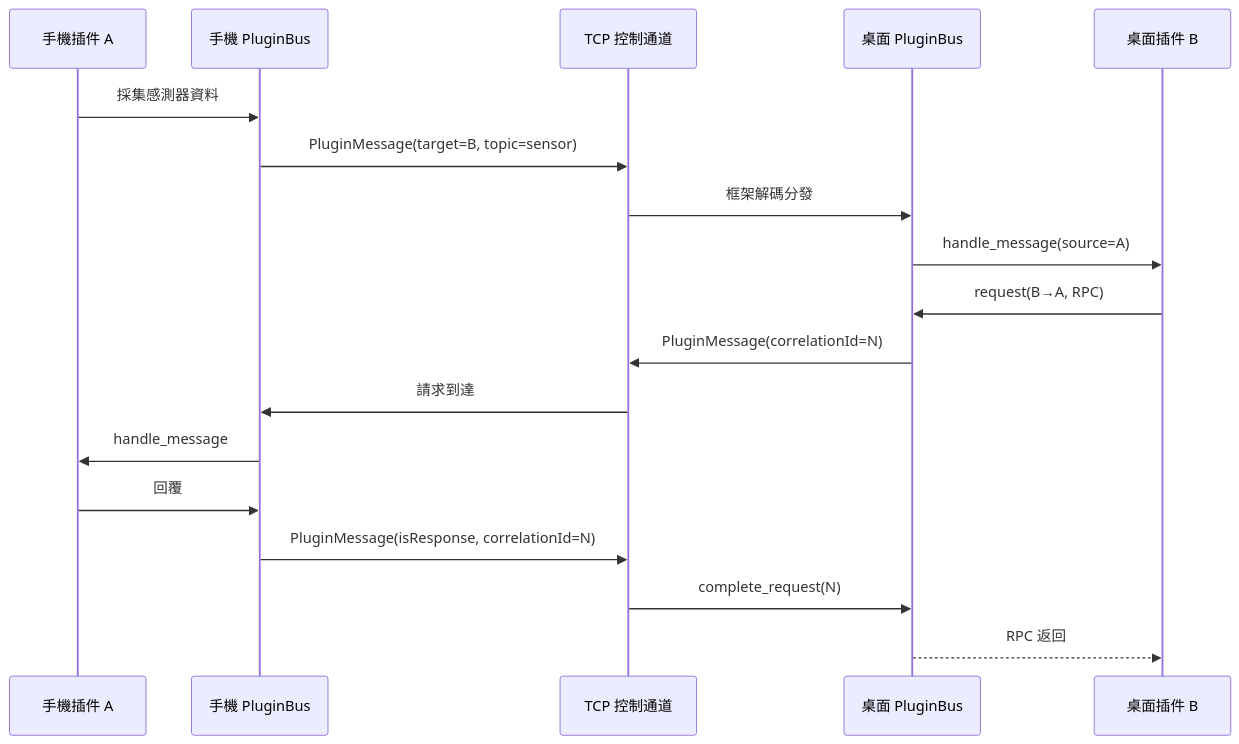
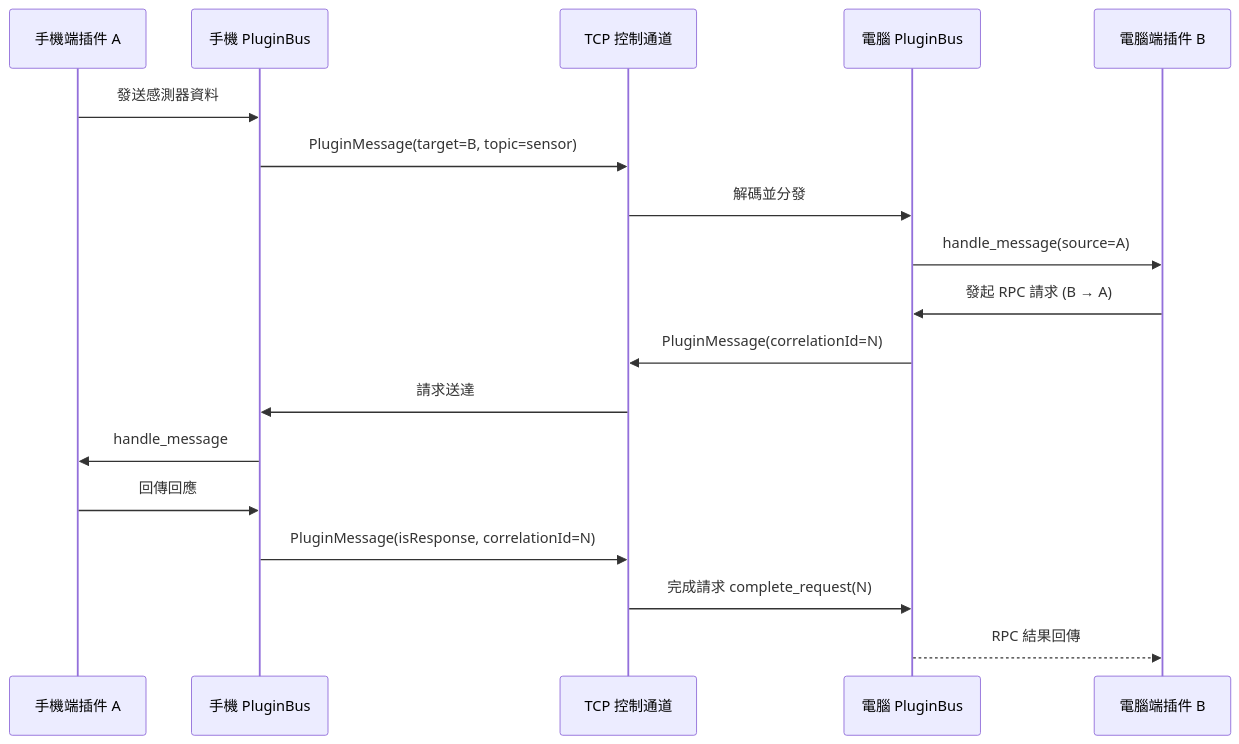
One commit to MicYou-Dev/Website-MicYou changed the second of 2 diagrams in src/zh-TW/docs/plugin/plugin-overview.md. Above: the diagram before and after it, drawn with Mermaid. The commit also changed other lines of this file and 48 other files, not shown here.

````diff
--- a/src/zh-TW/docs/plugin/plugin-overview.md
+++ b/src/zh-TW/docs/plugin/plugin-overview.md
@@ -64,22 +67,22 @@
 ```mermaid
 sequenceDiagram
-  participant P1 as 手機插件 A
+  participant P1 as 手機端插件 A
   participant PB as 手機 PluginBus
-  participant W as TCP 控制通道
-  participant DB as 桌面 PluginBus
-  participant P2 as 桌面插件 B
+  participant TCP as TCP 控制通道
+  participant DB as 電腦 PluginBus
+  participant P2 as 電腦端插件 B
 
-  P1->>PB: 採集感測器資料
-  PB->>W: PluginMessage(target=B, topic=sensor)
-  W->>DB: 框架解碼分發
+  P1->>PB: 發送感測器資料
+  PB->>TCP: PluginMessage(target=B, topic=sensor)
+  TCP->>DB: 解碼並分發
   DB->>P2: handle_message(source=A)
 
-  P2->>DB: request(B→A, RPC)
-  DB->>W: PluginMessage(correlationId=N)
-  W->>PB: 請求到達
+  P2->>DB: 發起 RPC 請求 (B → A)
+  DB->>TCP: PluginMessage(correlationId=N)
+  TCP->>PB: 請求送達
   PB->>P1: handle_message
-  P1->>PB: 回覆
-  PB->>W: PluginMessage(isResponse, correlationId=N)
-  W->>DB: complete_request(N)
-  DB-->>P2: RPC 返回
+  P1->>PB: 回傳回應
+  PB->>TCP: PluginMessage(isResponse, correlationId=N)
+  TCP->>DB: 完成請求 complete_request(N)
+  DB-->>P2: RPC 結果回傳
 ```
````
